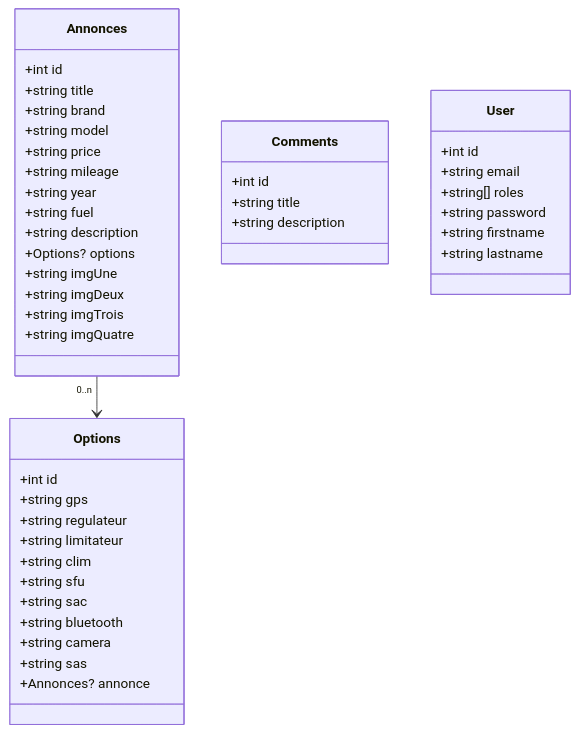
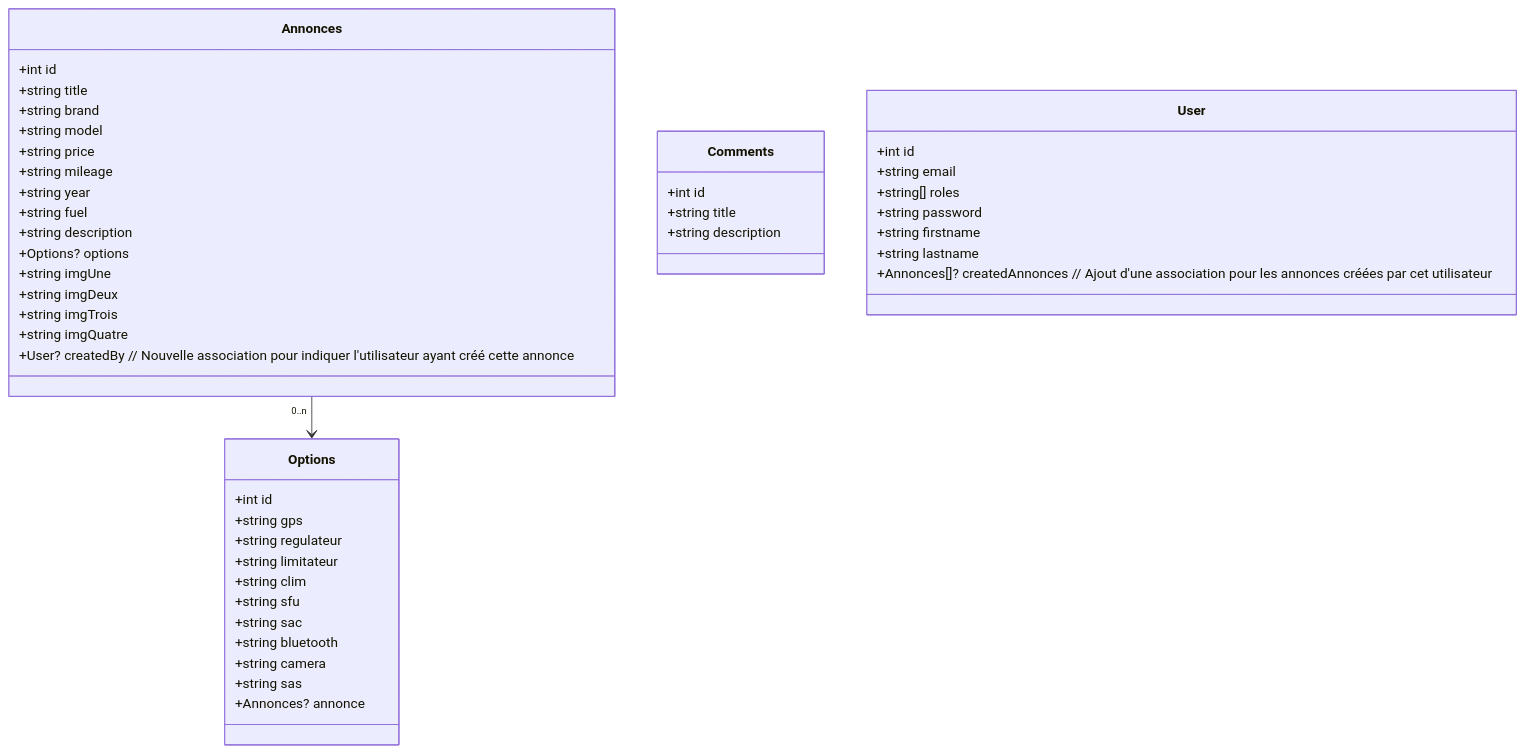
One commit to pickypou/garage-back changed the diagram in docs/class.md. Above: the diagram before and after it, drawn with Mermaid. The commit also changed 26 other files, not shown here.

Commit message:
mise a jour des entity Annonces et User

````diff
--- a/docs/class.md
+++ b/docs/class.md
@@ -3,50 +3,51 @@
 ``` mermaid
 classDiagram
     Annonces "0..n" --> Options
     class Annonces {
-        +int id
-        +string title
-        +string brand
-        +string model
-        +string price
-        +string mileage
-        +string year
-        +string fuel
-        +string description
-        +Options? options
-        +string imgUne
-        +string imgDeux
-        +string imgTrois
-        +string imgQuatre
-    }
+    +int id
+    +string title
+    +string brand
+    +string model
+    +string price
+    +string mileage
+    +string year
+    +string fuel
+    +string description
+    +Options? options
+    +string imgUne
+    +string imgDeux
+    +string imgTrois
+    +string imgQuatre
+    +User? createdBy  // Nouvelle association pour indiquer l'utilisateur ayant créé cette annonce
+}
 
     class Options {
         +int id
         +string gps
         +string regulateur
         +string limitateur
         +string clim
         +string sfu
         +string sac
         +string bluetooth
         +string camera
         +string sas
         +Annonces? annonce
     }
 
     class Comments {
         +int id
         +string title
         +string description
     }
-
     class User {
-        +int id
-        +string email
-        +string[] roles
-        +string password
-        +string firstname
-        +string lastname
-    }
+    +int id
+    +string email
+    +string[] roles
+    +string password
+    +string firstname
+    +string lastname
+    +Annonces[]? createdAnnonces  // Ajout d'une association pour les annonces créées par cet utilisateur
+}
 
 ```
````
